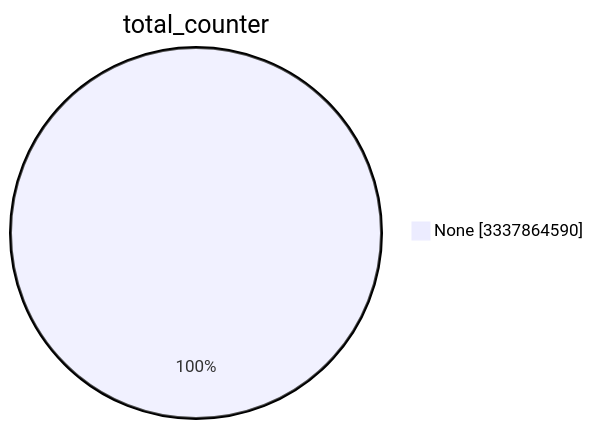
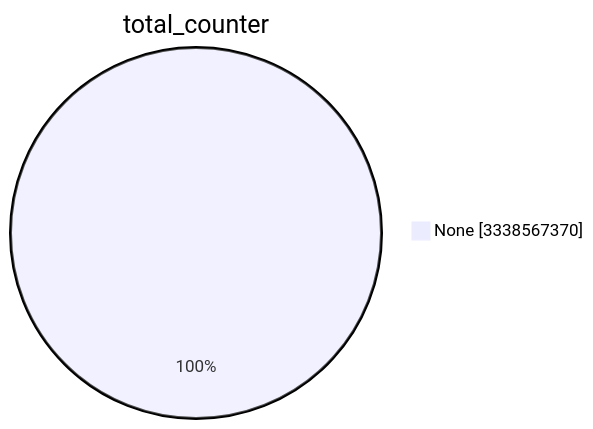
Before and after one commit to christiankrug/ctmonitor_visualization: the first of 15 diagrams in TOTAL/README.md, drawn with Mermaid. The commit also changed other lines of this file, not shown here.

````diff
--- a/TOTAL/README.md
+++ b/TOTAL/README.md
@@ -1,5 +1,5 @@
 ```mermaid
 pie showData
 title total_counter
-"None" :3337864590
+"None" :3338567370
 ```
````
